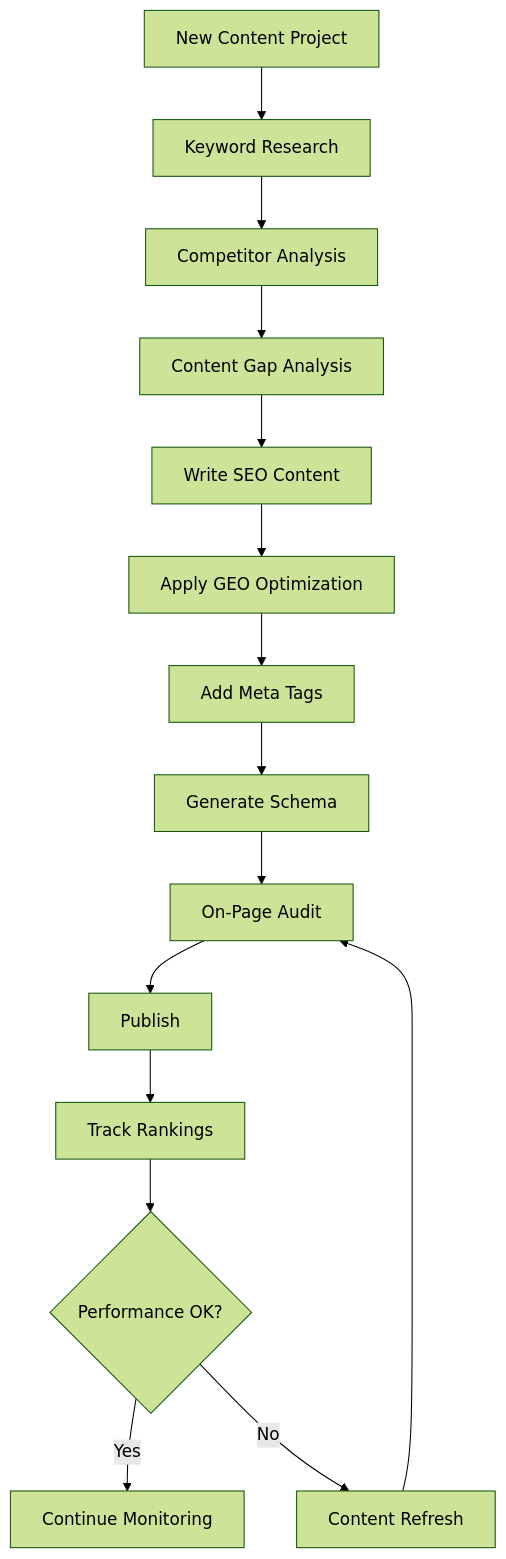
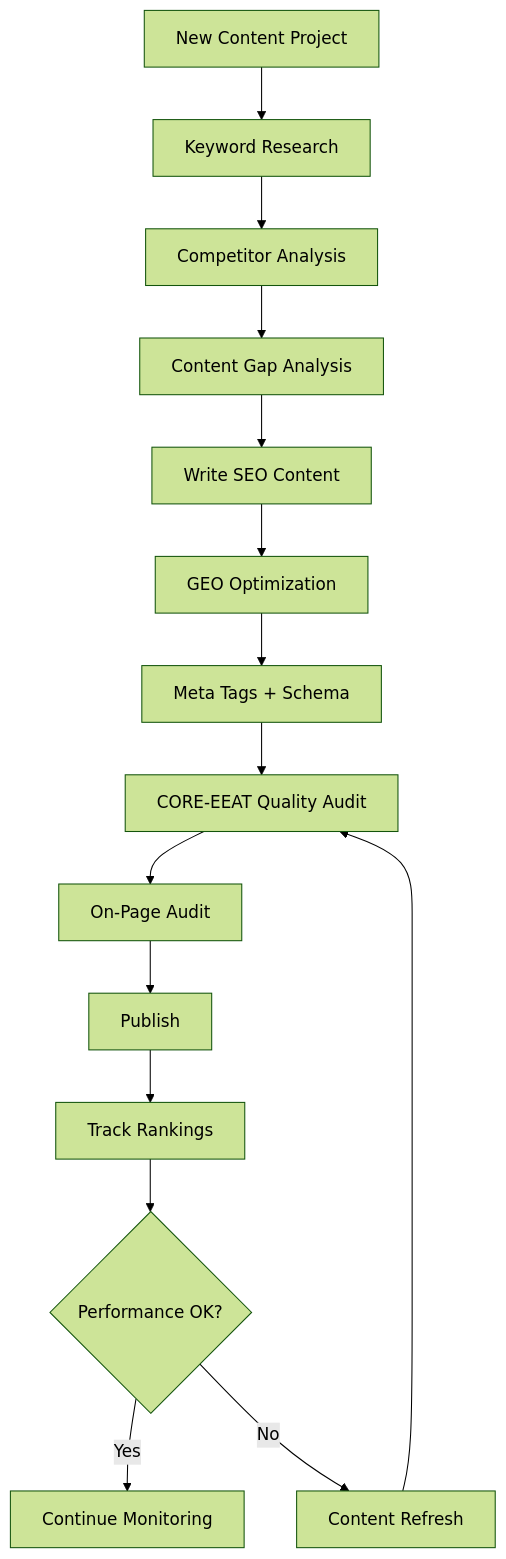
One commit to AnonymousGreekQuestionMark/seo-geo-claude-skills changed the diagram in README.md. Above: the diagram before and after it, drawn with Mermaid (forest theme). The commit also changed other lines of this file and 72 other files, not shown here.

Commit message:
v2.0.0: Full audit optimization, CITE integration, CORE-EEAT alignment, and skills.sh marketplace readiness

````diff
--- a/README.md
+++ b/README.md
@@ -116,17 +203,17 @@
 ```mermaid
 graph TD
     A[New Content Project] --> B[Keyword Research]
     B --> C[Competitor Analysis]
     C --> D[Content Gap Analysis]
     D --> E[Write SEO Content]
-    E --> F[Apply GEO Optimization]
-    F --> G[Add Meta Tags]
-    G --> H[Generate Schema]
-    H --> I[On-Page Audit]
-    I --> J[Publish]
-    J --> K[Track Rankings]
-    K --> L{Performance OK?}
-    L -->|Yes| M[Continue Monitoring]
-    L -->|No| N[Content Refresh]
-    N --> I
+    E --> F[GEO Optimization]
+    F --> G[Meta Tags + Schema]
+    G --> H[CORE-EEAT Quality Audit]
+    H --> H2[On-Page Audit]
+    H2 --> I[Publish]
+    I --> J[Track Rankings]
+    J --> K{Performance OK?}
+    K -->|Yes| L[Continue Monitoring]
+    K -->|No| M[Content Refresh]
+    M --> H
 ```
````
